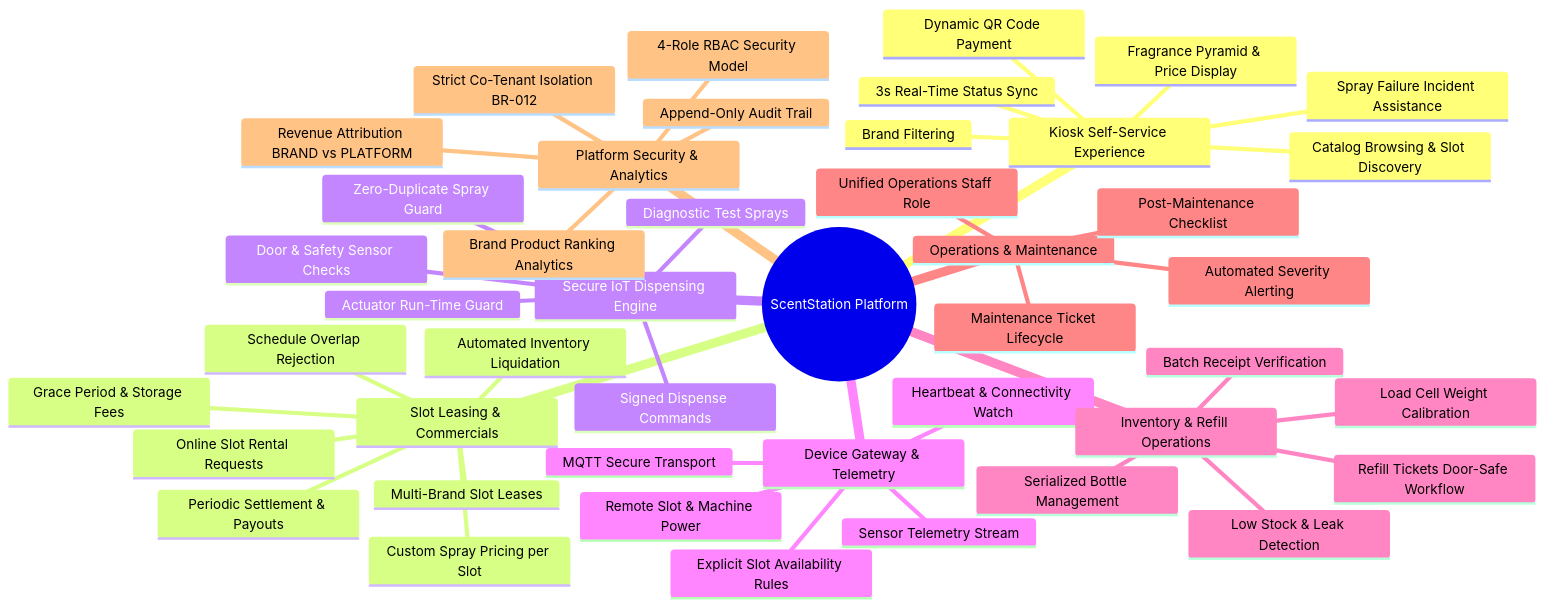
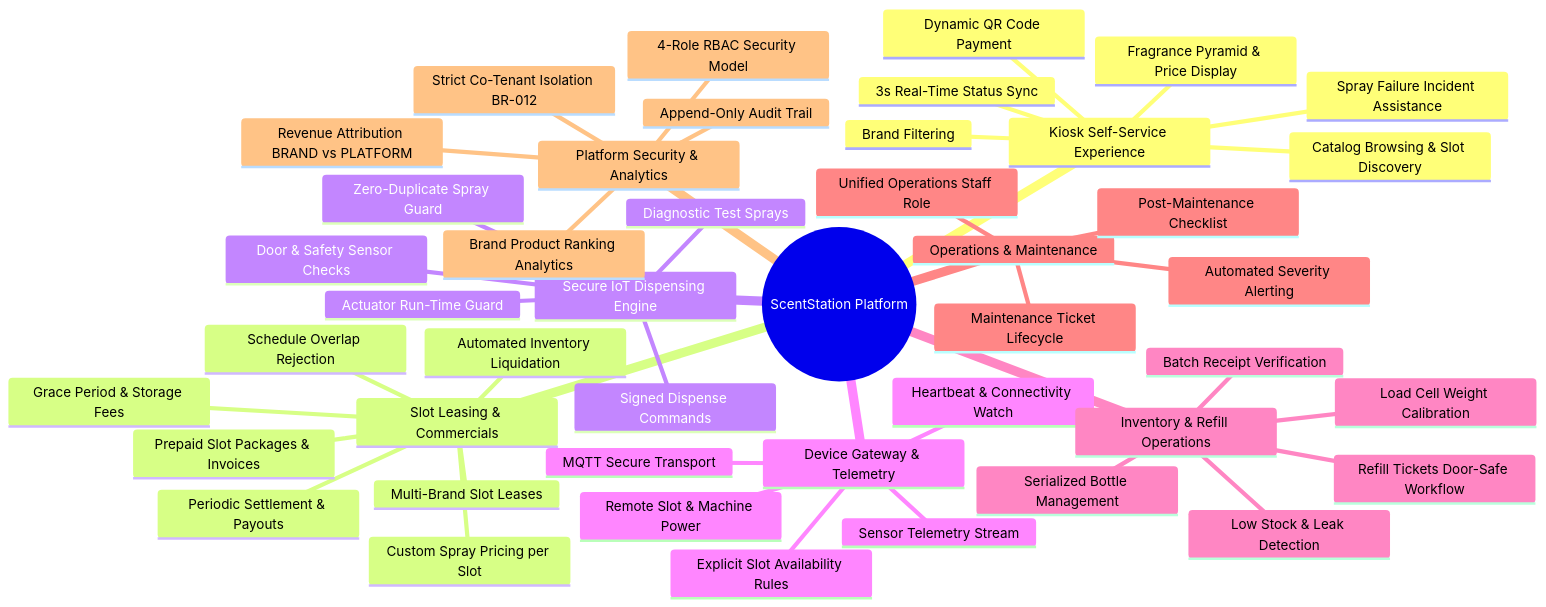
The first of 2 diagrams in docs/MAJOR_FEATURES_SCENTSTATION.md (nhax-work/Muti-Brand_PerfumeIOT), drawn with Mermaid before and after one commit. The commit also changed other lines of this file and 37 other files, not shown here.

Commit message:
chore: add initial project specifications, architecture docs, API contracts, and database migrations

````diff
--- a/docs/MAJOR_FEATURES_SCENTSTATION.md
+++ b/docs/MAJOR_FEATURES_SCENTSTATION.md
@@ -63,48 +63,48 @@
 ```mermaid
 mindmap
   root((ScentStation Platform))
     Kiosk Self-Service Experience
       Catalog Browsing & Slot Discovery
       Fragrance Pyramid & Price Display
       Brand Filtering
       Dynamic QR Code Payment
       3s Real-Time Status Sync
       Spray Failure Incident Assistance
     Slot Leasing & Commercials
-      Online Slot Rental Requests
+      Prepaid Slot Packages & Invoices
       Multi-Brand Slot Leases
       Custom Spray Pricing per Slot
       Schedule Overlap Rejection
       Grace Period & Storage Fees
       Automated Inventory Liquidation
       Periodic Settlement & Payouts
     Secure IoT Dispensing Engine
       Signed Dispense Commands
       Zero-Duplicate Spray Guard
       Door & Safety Sensor Checks
       Actuator Run-Time Guard
       Diagnostic Test Sprays
     Device Gateway & Telemetry
       MQTT Secure Transport
       Heartbeat & Connectivity Watch
       Sensor Telemetry Stream
       Remote Slot & Machine Power
       Explicit Slot Availability Rules
     Inventory & Refill Operations
       Serialized Bottle Management
       Batch Receipt Verification
       Load Cell Weight Calibration
       Low Stock & Leak Detection
       Refill Tickets Door-Safe Workflow
     Operations & Maintenance
       Automated Severity Alerting
       Unified Operations Staff Role
       Maintenance Ticket Lifecycle
       Post-Maintenance Checklist
     Platform Security & Analytics
       4-Role RBAC Security Model
       Strict Co-Tenant Isolation BR-012
       Revenue Attribution BRAND vs PLATFORM
       Append-Only Audit Trail
       Brand Product Ranking Analytics
 ```
````
